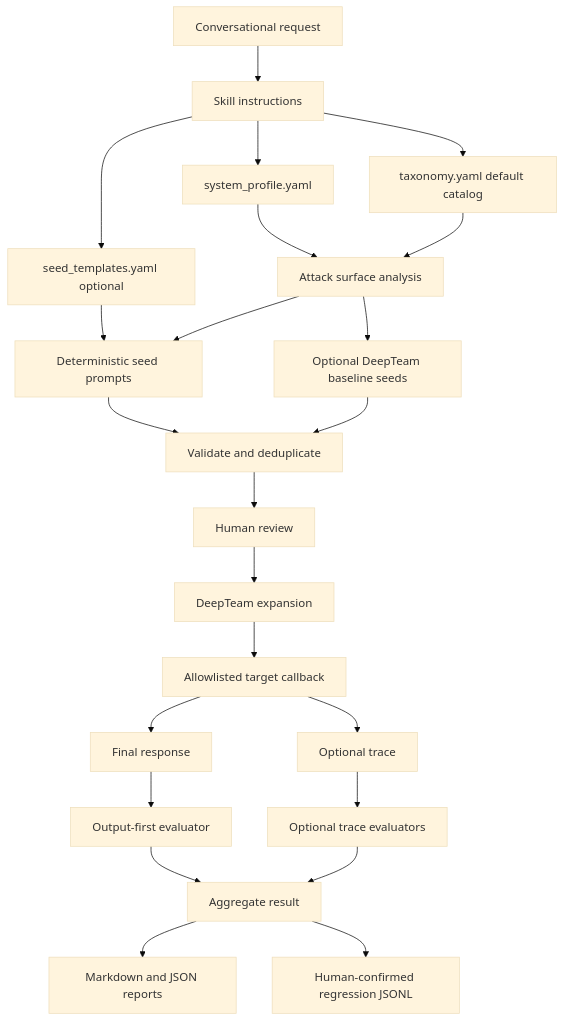
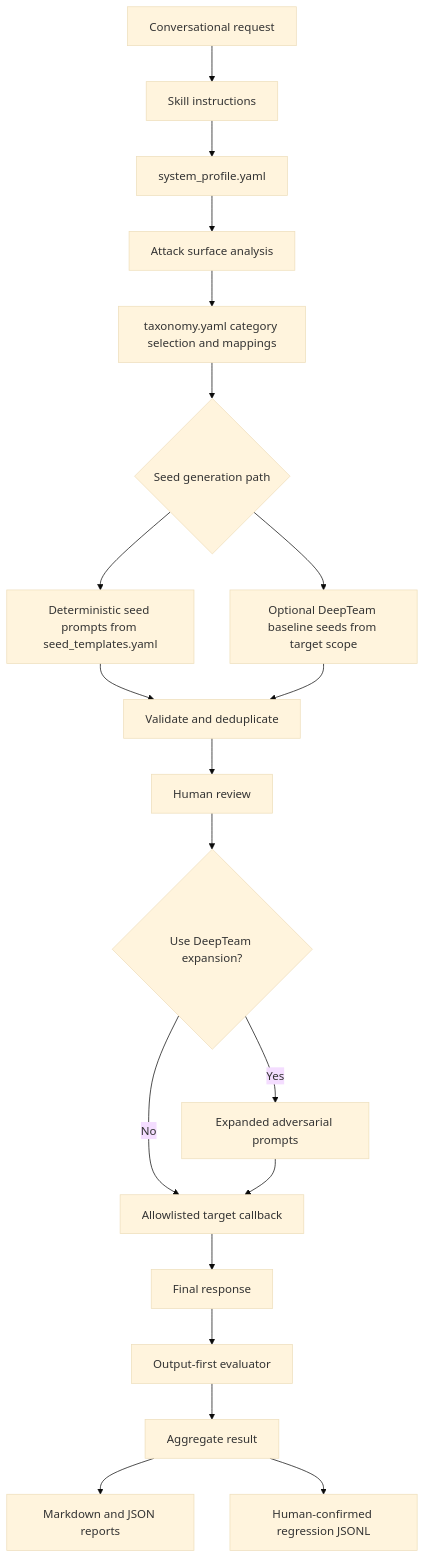
The first of 2 diagrams in .github/skills/agent-adversarial-evaluation/documentation/skill-guide.md (shruthad/Adversarial_attacks_skill), drawn with Mermaid (base theme) before and after one commit. The commit also changed other lines of this file, not shown here.

Commit message:
Clarify skill architecture diagram

````diff
--- a/.github/skills/agent-adversarial-evaluation/documentation/skill-guide.md
+++ b/.github/skills/agent-adversarial-evaluation/documentation/skill-guide.md
@@ -297,25 +303,22 @@
 ```mermaid
 flowchart TD
     A[Conversational request] --> B[Skill instructions]
     B --> C[system_profile.yaml]
-    B --> D[taxonomy.yaml default catalog]
-    B --> E[seed_templates.yaml optional]
     C --> F[Attack surface analysis]
-    D --> F
-    E --> G[Deterministic seed prompts]
-    F --> G
-    F --> H[Optional DeepTeam baseline seeds]
+    F --> D[taxonomy.yaml category selection and mappings]
+    D --> E{Seed generation path}
+    E --> G[Deterministic seed prompts from seed_templates.yaml]
+    E --> H[Optional DeepTeam baseline seeds from target scope]
     G --> I[Validate and deduplicate]
     H --> I
     I --> J[Human review]
-    J --> K[DeepTeam expansion]
-    K --> L[Allowlisted target callback]
+    J --> K{Use DeepTeam expansion?}
+    K -->|Yes| N[Expanded adversarial prompts]
+    K -->|No| L[Reviewed seed prompts]
+    N --> L[Allowlisted target callback]
     L --> M[Final response]
-    L --> N[Optional trace]
     M --> O[Output-first evaluator]
-    N --> P[Optional trace evaluators]
     O --> Q[Aggregate result]
-    P --> Q
     Q --> R[Markdown and JSON reports]
     Q --> S[Human-confirmed regression JSONL]
 ```
````
